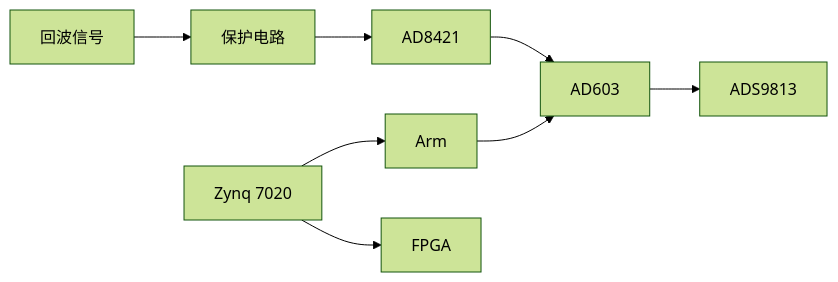
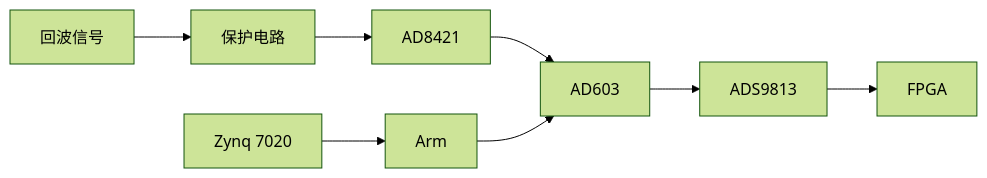
One commit to Rukawa15/iodraw-files changed the diagram in all/多通道同步采集-1.md. Above: the diagram before and after it, drawn with Mermaid (forest theme).

Commit message:
2025-06-18 23:23:22 update

````diff
--- a/all/多通道同步采集-1.md
+++ b/all/多通道同步采集-1.md
@@ -1,8 +1,7 @@
 ```mermaid
 graph LR
 A[回波信号] --> B[保护电路]
 B --> C[AD8421] -->D[AD603]
 E[Zynq 7020] --> G[Arm] --> D
-D --> F[ADS9813]
-E --> H[FPGA]
+D --> F[ADS9813] --> H[FPGA]
 ```
````
